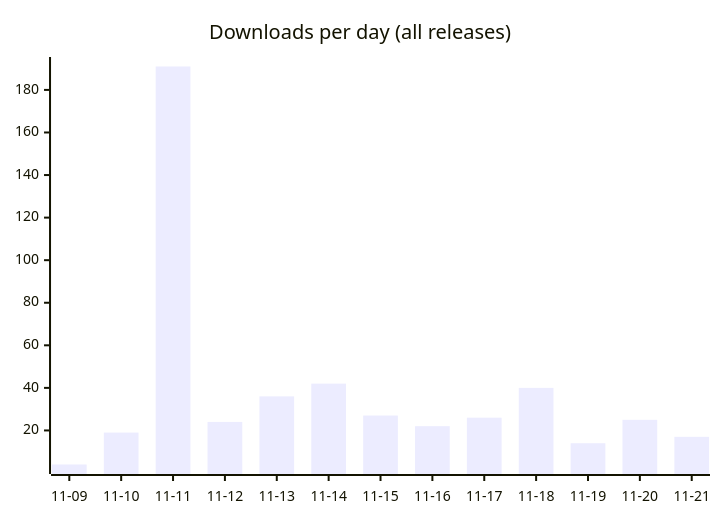
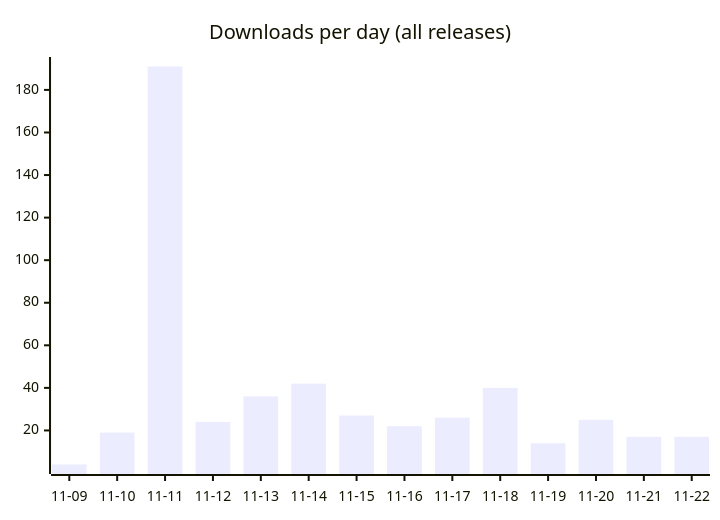
The first of 2 diagrams in README.md (fmadore/Live-translation), drawn with Mermaid before and after one commit. The commit also changed other lines of this file and 3 other files, not shown here.

````diff
--- a/README.md
+++ b/README.md
@@ -56,6 +56,6 @@
 ```mermaid
 xychart-beta
     title "Downloads per day (all releases)"
-    x-axis ["11-09", "11-10", "11-11", "11-12", "11-13", "11-14", "11-15", "11-16", "11-17", "11-18", "11-19", "11-20", "11-21"]
-    bar [4, 19, 191, 24, 36, 42, 27, 22, 26, 40, 14, 25, 17]
+    x-axis ["11-09", "11-10", "11-11", "11-12", "11-13", "11-14", "11-15", "11-16", "11-17", "11-18", "11-19", "11-20", "11-21", "11-22"]
+    bar [4, 19, 191, 24, 36, 42, 27, 22, 26, 40, 14, 25, 17, 17]
 ```
````
